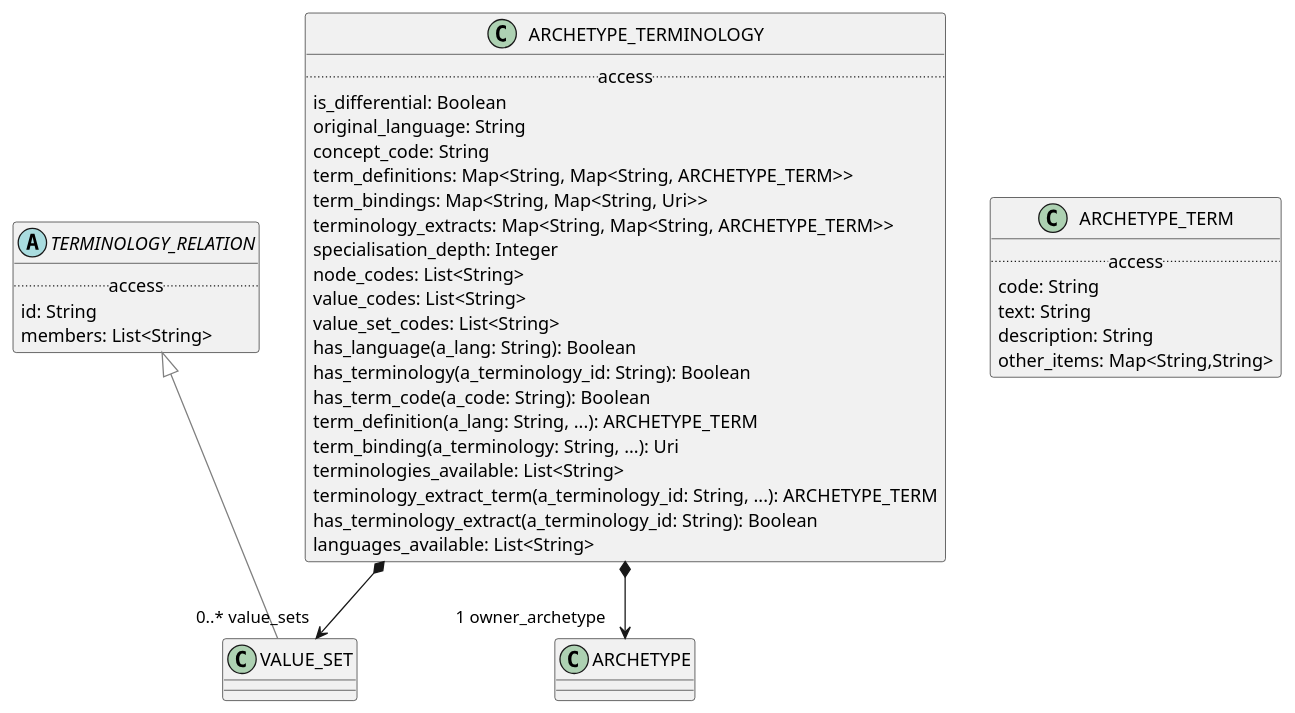
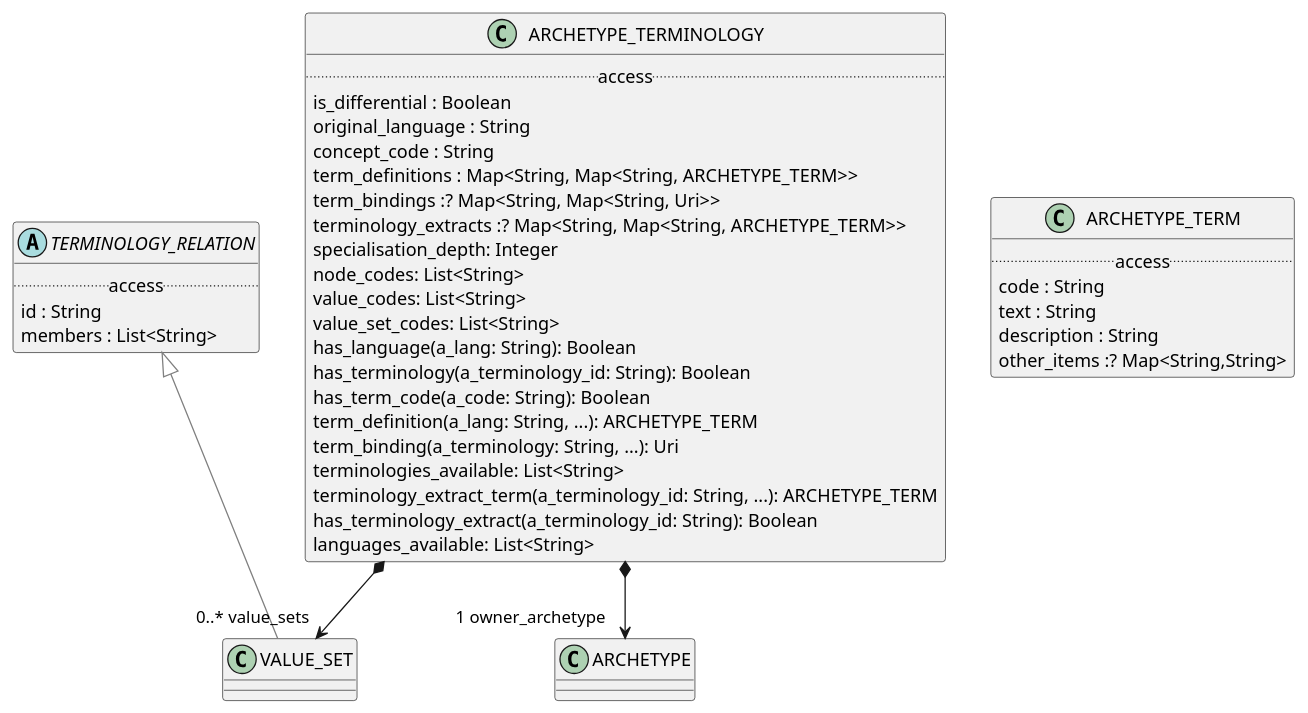
The diagram in modules/ROOT/examples/bmm/languages/aom2/terminology/terminology-package-uml.adoc (wolandscat/openehr-doc), drawn with PlantUML before and after one commit. The commit also changed 1814 other files, not shown here.

```diff
--- a/modules/ROOT/examples/bmm/languages/aom2/terminology/terminology-package-uml.adoc
+++ b/modules/ROOT/examples/bmm/languages/aom2/terminology/terminology-package-uml.adoc
@@ -3,57 +3,54 @@
 [plantuml,opts=interactive,link=self]
 ....
 skinparam groupInheritance 2
 skinparam citedClassColor #FDFDFD
 
 
 class ARCHETYPE_TERM [[/openehr-doc/latest/languages/aom2-gen.html#_class_archetype_term]] {
         .. access ..
-        code: String
-        text: String
-        description: String
-        other_items: Map<String,String>
+        code : String
+        text : String
+        description : String
+        other_items :? Map<String,String>
 }
-
 
 class VALUE_SET [[/openehr-doc/latest/languages/aom2-gen.html#_class_value_set]] {
 }
 
 VALUE_SET -[#gray]up-|> TERMINOLOGY_RELATION  
 
 
 abstract class TERMINOLOGY_RELATION [[/openehr-doc/latest/languages/aom2-gen.html#_class_terminology_relation]] {
         .. access ..
-        id: String
-        members: List<String>
+        id : String
+        members : List<String>
 }
-
 
 class ARCHETYPE_TERMINOLOGY [[/openehr-doc/latest/languages/aom2-gen.html#_class_archetype_terminology]] {
         .. access ..
-        is_differential: Boolean
-        original_language: String
-        concept_code: String
-        term_definitions: Map<String, Map<String, ARCHETYPE_TERM>>
-        term_bindings: Map<String, Map<String, Uri>>
-        terminology_extracts: Map<String, Map<String, ARCHETYPE_TERM>>
+        is_differential : Boolean
+        original_language : String
+        concept_code : String
+        term_definitions : Map<String, Map<String, ARCHETYPE_TERM>>
+        term_bindings :? Map<String, Map<String, Uri>>
+        terminology_extracts :? Map<String, Map<String, ARCHETYPE_TERM>>
         specialisation_depth: Integer
         node_codes: List<String>
         value_codes: List<String>
         value_set_codes: List<String>
         has_language(a_lang: String): Boolean
         has_terminology(a_terminology_id: String): Boolean
         has_term_code(a_code: String): Boolean
         term_definition(a_lang: String, ...): ARCHETYPE_TERM
         term_binding(a_terminology: String, ...): Uri
         terminologies_available: List<String>
         terminology_extract_term(a_terminology_id: String, ...): ARCHETYPE_TERM
         has_terminology_extract(a_terminology_id: String): Boolean
         languages_available: List<String>
 }
 
-
 ARCHETYPE_TERMINOLOGY *--> "1 owner_archetype" ARCHETYPE
 
 ARCHETYPE_TERMINOLOGY *--> "0..* value_sets" VALUE_SET
 
 ....
```
